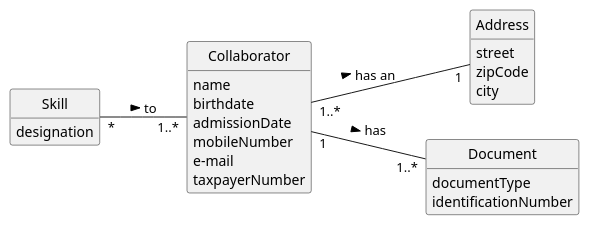
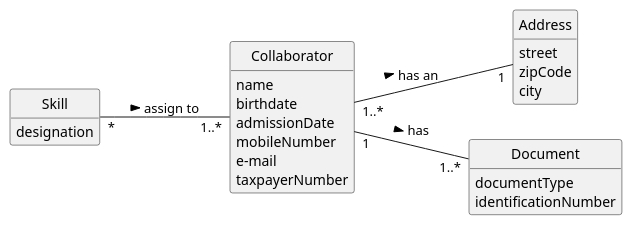
One commit to ricardomm7/leaflink changed the diagram in docs/sprintB/us004/02.analysis/puml/us004-domain-model.puml. Above: the diagram before and after it, drawn with PlantUML. The commit also changed 3 other files, not shown here.

```diff
--- a/docs/sprintB/us004/02.analysis/puml/us004-domain-model.puml
+++ b/docs/sprintB/us004/02.analysis/puml/us004-domain-model.puml
@@ -1,49 +1,49 @@
 @startuml
 skinparam monochrome true
 skinparam packageStyle rectangle
 skinparam shadowing false
 
 skinparam classAttributeIconSize 0
 left to right direction
 
 hide circle
 hide methods
 
 
 class Skill {
     designation
 }
 
 class Collaborator {
     name
     birthdate
     admissionDate
     mobileNumber
     e-mail
     taxpayerNumber
 }
 
 'class Person {
 '    name
 '    birthdate
 '    contactMobile
 '    email
  '   taxpayerNumber
 '}
 
 class Address{
     street
     zipCode
     city
 }
 
 class Document{
     documentType
     identificationNumber
 }
 
 Collaborator "1..*"--"1" Address: has an >
 Collaborator  "1"--"1..*"  Document: has >
 
-Skill "*" -- "1..*" Collaborator : to >
+Skill "*" -- "1..*" Collaborator : assign to >
 @enduml
```
